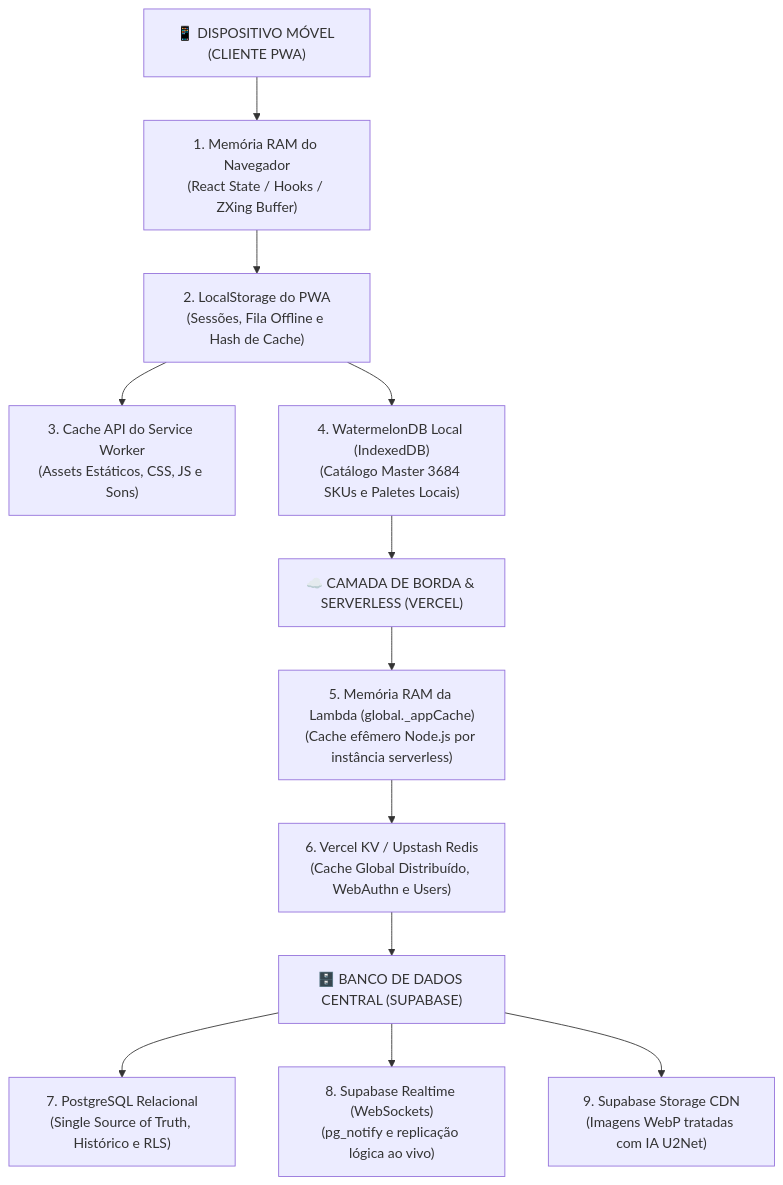
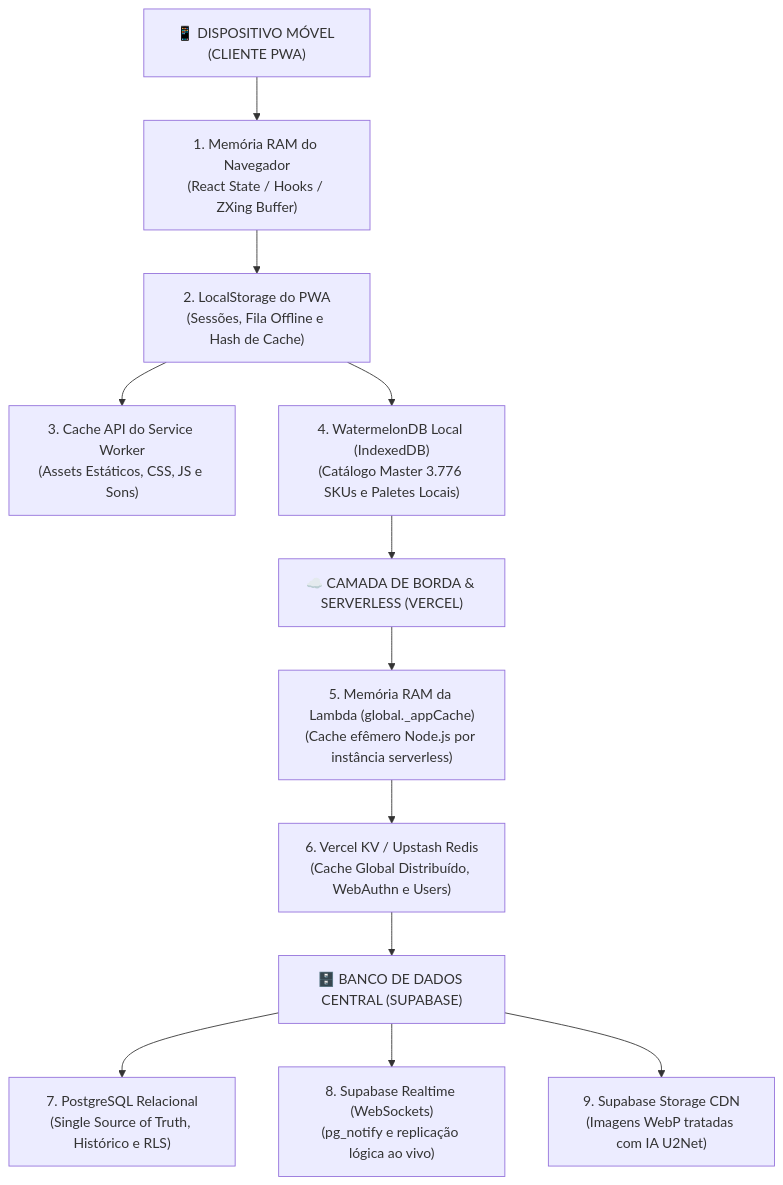
One commit to NaejBarbosa/paletscan-etl changed the second of 2 diagrams in docs/arquitetura-ecossistema.md. Above: the diagram before and after it, drawn with Mermaid. The commit also changed other lines of this file and 19 other files, not shown here.

````diff
--- a/docs/arquitetura-ecossistema.md
+++ b/docs/arquitetura-ecossistema.md
@@ -112,20 +102,20 @@
 ```mermaid
 flowchart TD
     CLIENT["📱 DISPOSITIVO MÓVEL (CLIENTE PWA)"]
     
     CLIENT --> C_RAM["1. Memória RAM do Navegador\n(React State / Hooks / ZXing Buffer)"]
     C_RAM --> C_STORAGE["2. LocalStorage do PWA\n(Sessões, Fila Offline e Hash de Cache)"]
     C_STORAGE --> C_SW["3. Cache API do Service Worker\n(Assets Estáticos, CSS, JS e Sons)"]
-    C_STORAGE --> C_WMDB["4. WatermelonDB Local (IndexedDB)\n(Catálogo Master 3684 SKUs e Paletes Locais)"]
+    C_STORAGE --> C_WMDB["4. WatermelonDB Local (IndexedDB)\n(Catálogo Master 3.776 SKUs e Paletes Locais)"]
     
     C_WMDB --> EDGE["☁️ CAMADA DE BORDA & SERVERLESS (VERCEL)"]
     
     EDGE --> E_MEM["5. Memória RAM da Lambda (global._appCache)\n(Cache efêmero Node.js por instância serverless)"]
     E_MEM --> E_REDIS["6. Vercel KV / Upstash Redis\n(Cache Global Distribuído, WebAuthn e Users)"]
     
     E_REDIS --> CLOUD["🗄️ BANCO DE DADOS CENTRAL (SUPABASE)"]
     
     CLOUD --> S_PG["7. PostgreSQL Relacional\n(Single Source of Truth, Histórico e RLS)"]
     CLOUD --> S_RT["8. Supabase Realtime (WebSockets)\n(pg_notify e replicação lógica ao vivo)"]
     CLOUD --> S_CDN["9. Supabase Storage CDN\n(Imagens WebP tratadas com IA U2Net)"]
 ```
````
